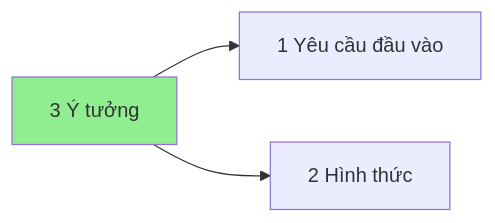
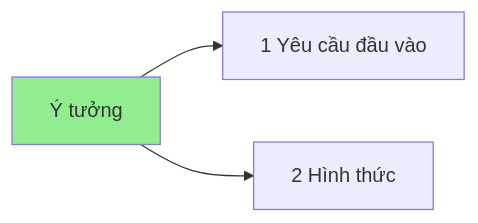
One commit to QuaCau-TheSphere/BV-ton-tai-trong-the-gioi-tu-ban changed the diagram in .trash/📜Tài nguyên 2/Ý tưởng kiếm tiền/Ý tưởng kiếm tiền.md. Above: the diagram before and after it, drawn with Mermaid. The commit also changed other lines of this file and 449 other files, not shown here.

````diff
--- a/.trash/📜Tài nguyên 2/Ý tưởng kiếm tiền/Ý tưởng kiếm tiền.md
+++ b/.trash/📜Tài nguyên 2/Ý tưởng kiếm tiền/Ý tưởng kiếm tiền.md
@@ -15,10 +15,10 @@
 ```mermaid
 flowchart LR
 	1["1 Yêu cầu đầu vào"]
 	2["2 Hình thức"]
-	3["3 Ý tưởng"]
+	3["Ý tưởng"]
 
 3-->1
 3-->2
 style 3 fill:lightgreen
 ```
````
